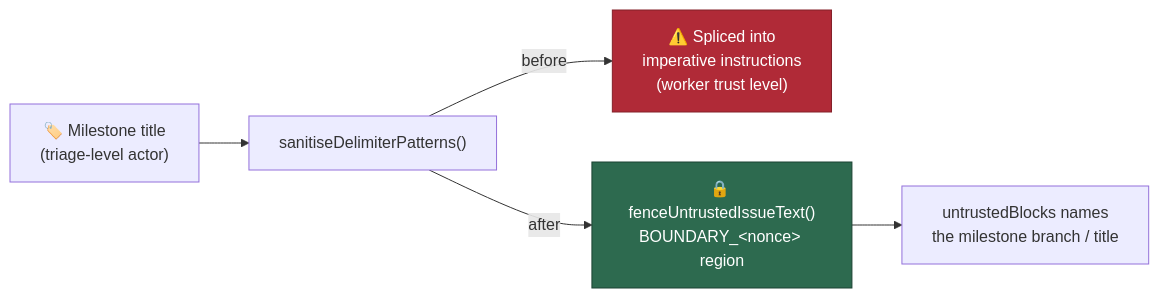
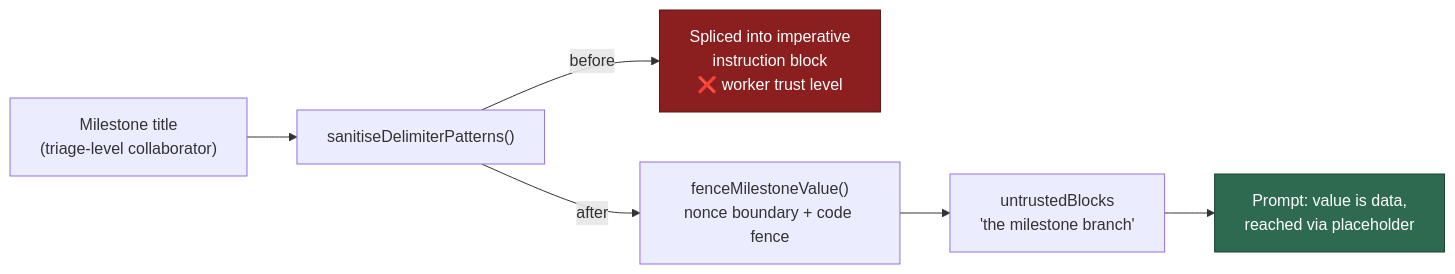
The diagram in docs/archive/pr-summaries/pr-summary-16.md (stSoftwareAU/VibeCoder), drawn with Mermaid before and after one commit. The commit also changed other lines of this file and 5 other files, not shown here.

First line of the commit message:
Fence milestone branch/title as untrusted content (Issue #16)

````diff
--- a/docs/archive/pr-summaries/pr-summary-16.md
+++ b/docs/archive/pr-summaries/pr-summary-16.md
@@ -79,9 +59,10 @@
 ```mermaid
 flowchart LR
-    M["🏷️ Milestone title<br/>(triage-level actor)"] --> S["sanitiseDelimiterPatterns()"]
-    S -->|before| I["⚠️ Spliced into<br/>imperative instructions<br/>(worker trust level)"]
-    S -->|after| F["🔒 fenceUntrustedIssueText()<br/>BOUNDARY_&lt;nonce&gt; region"]
-    F --> B["untrustedBlocks names<br/>the milestone branch / title"]
-    style I fill:#b02a37,stroke:#842029,color:#fff
-    style F fill:#2d6a4f,stroke:#1b4332,color:#fff
+    M["Milestone title<br/>(triage-level collaborator)"] --> S["sanitiseDelimiterPatterns()"]
+    S -->|before| I["Spliced into imperative<br/>instruction block<br/>❌ worker trust level"]
+    S -->|after| F["fenceMilestoneValue()<br/>nonce boundary + code fence"]
+    F --> B["untrustedBlocks<br/>'the milestone branch'"]
+    B --> P["Prompt: value is data,<br/>reached via placeholder"]
+    style I fill:#8b1e1e,stroke:#5c1313,color:#fff
+    style P fill:#2d6a4f,stroke:#1b4332,color:#fff
 ```
````
